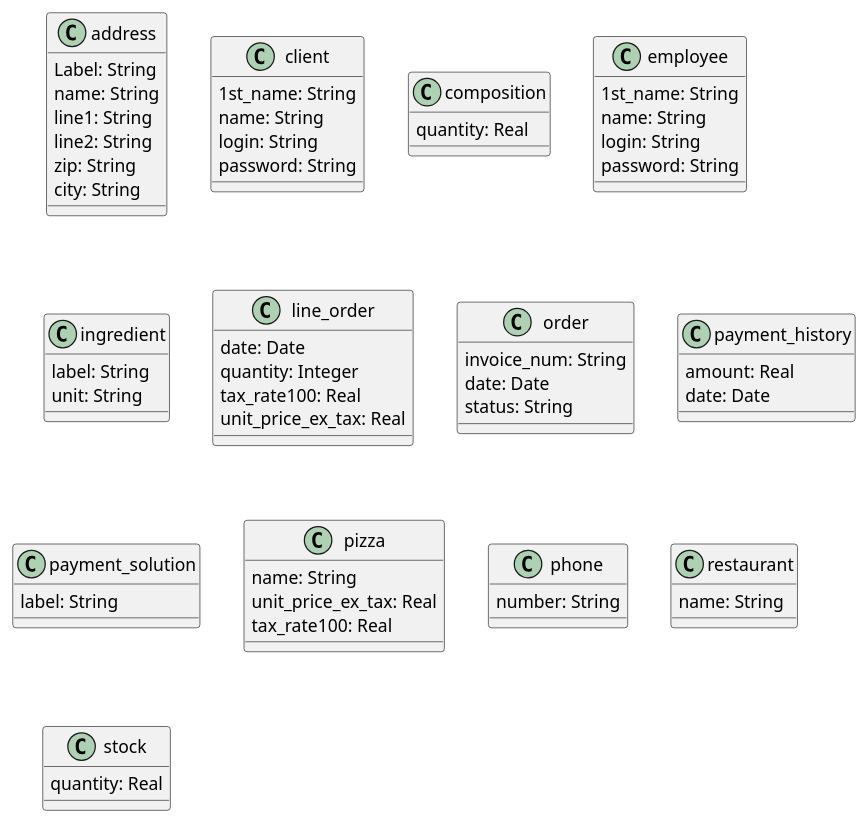
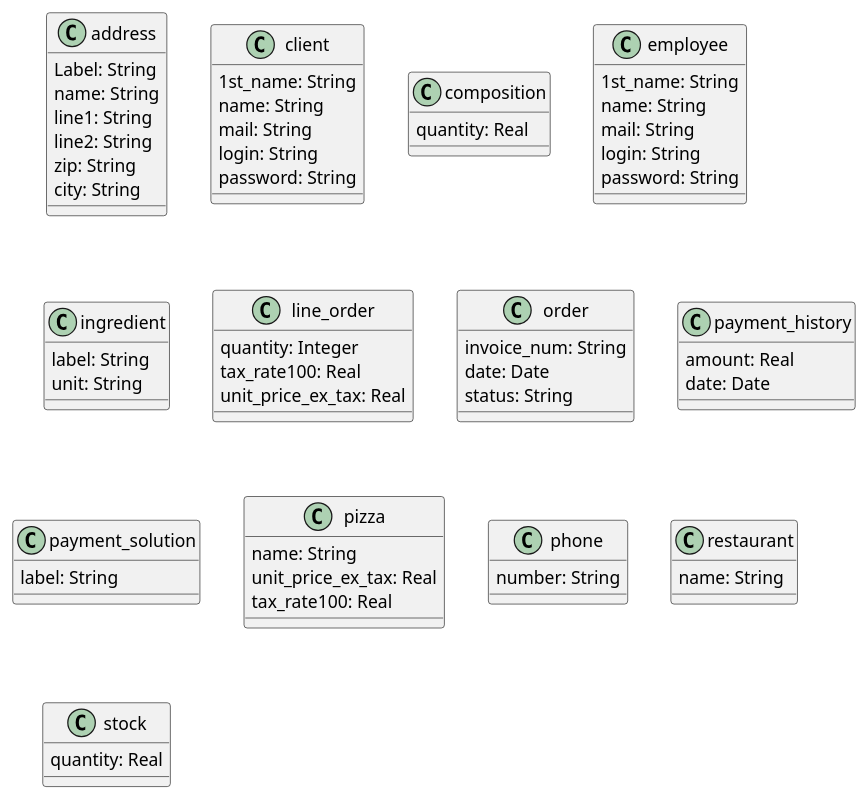
One commit to freezed/ocp6 changed the diagram in src-puml/attributes.iuml. Above: the diagram before and after it, drawn with PlantUML.

Commit message:
Changes attributes
Adds mail for client/employee
Deletes date in line_order

```diff
--- a/src-puml/attributes.iuml
+++ b/src-puml/attributes.iuml
@@ -1,60 +1,61 @@
 /' = = = = = = = ATTRIBUTE = = = = = = = '/
 class address {
     Label: String
     name: String
     line1: String
     line2: String
     zip: String
     city: String
 }
 class client {
     1st_name: String
     name: String
+    mail: String
     login: String
     password: String
 }
 class composition {
     quantity: Real
 }
 class employee {
     1st_name: String
     name: String
+    mail: String
     login: String
     password: String
 }
 class ingredient {
     label: String
     unit: String
 }
 class line_order {
-    date: Date
     quantity: Integer
     tax_rate100: Real
     unit_price_ex_tax: Real
 }
 class order {
     invoice_num: String
     date: Date
     status: String
 }
 class payment_history {
     amount: Real
     date: Date
 }
 class payment_solution {
     label: String
 }
 class pizza {
     name: String
     unit_price_ex_tax: Real
     tax_rate100: Real
 }
 class phone {
     number: String
 }
 class restaurant {
     name: String
 }
 class stock {
     quantity: Real
 }
```
